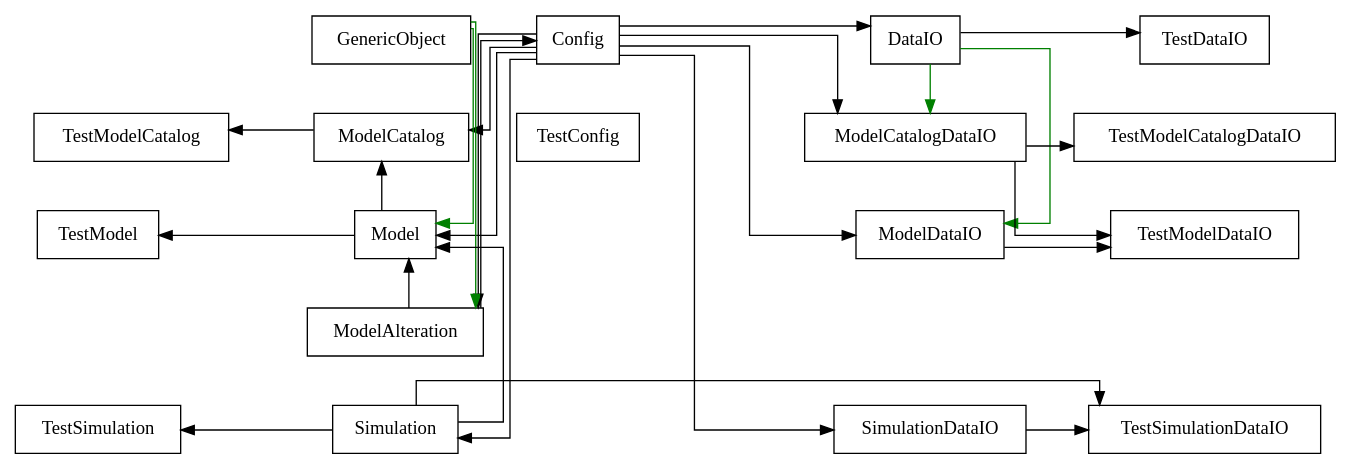
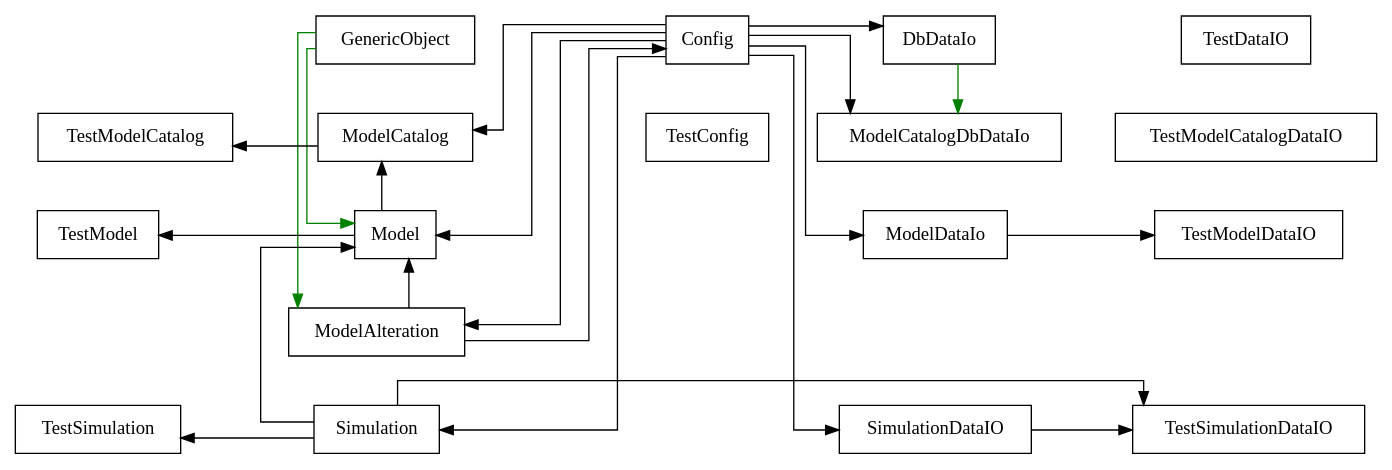
Before and after one commit to PDXBES/ModelCatalog: the diagram in docs/Class_Diagram_Tool/names_only_finalModel_Catalog.dot, drawn with Graphviz. The commit also changed 29 other files, not shown here.

Commit message:
Updates to class diagrams and control files

```diff
--- a/docs/Class_Diagram_Tool/names_only_finalModel_Catalog.dot
+++ b/docs/Class_Diagram_Tool/names_only_finalModel_Catalog.dot
@@ -1,65 +1,61 @@
 digraph "classes" {
 charset="utf-8"
 nodesep=0.5;
 rankdir="TB";
 edge [ constraint=False ];
 splines="ortho";
 "Config"[label= "Config" , shape="record"];
-"DataIO"[label= "DataIO" , shape="record"];
+"DbDataIo"[label= "DbDataIo" , shape="record"];
 "GenericObject"[label= "GenericObject" , shape="record"];
 "Model"[label= "Model" , shape="record"];
 "ModelAlteration"[label= "ModelAlteration" , shape="record"];
 "ModelCatalog"[label= "ModelCatalog" , shape="record"];
-"ModelCatalogDataIO"[label= "ModelCatalogDataIO" , shape="record"];
-"ModelDataIO"[label= "ModelDataIO" , shape="record"];
+"ModelCatalogDbDataIo"[label= "ModelCatalogDbDataIo" , shape="record"];
+"ModelDataIo"[label= "ModelDataIo" , shape="record"];
 "Simulation"[label= "Simulation" , shape="record"];
 "SimulationDataIO"[label= "SimulationDataIO" , shape="record"];
 "TestConfig"[label= "TestConfig" , shape="record"];
 "TestDataIO"[label= "TestDataIO" , shape="record"];
 "TestModel"[label= "TestModel" , shape="record"];
 "TestModelCatalog"[label= "TestModelCatalog" , shape="record"];
 "TestModelCatalogDataIO"[label= "TestModelCatalogDataIO" , shape="record"];
 "TestModelDataIO"[label= "TestModelDataIO" , shape="record"];
 "TestSimulation"[label= "TestSimulation" , shape="record"];
 "TestSimulationDataIO"[label= "TestSimulationDataIO" , shape="record"];
 
 "_d0" [label="_d0", shape="record" style=invis];
 "_d2" [label="_d2", shape="record" style=invis];
 "_d1" [label="_d1", shape="record" style=invis];
 "_d3" [label="_d3", shape="record" style=invis];
 "_d6" [label="_d6", shape="record" style=invis];
 "_d4" [label="_d4", shape="record" style=invis];
 "_d5" [label="_d5", shape="record" style=invis];
 
 {rank= tb "_d0"->"TestModelCatalog"->"TestModel"->"_d2"->"TestSimulation" [constraint=true style=invis]};
 {rank= tb "GenericObject"->"ModelCatalog"->"Model"->"ModelAlteration"->"Simulation" [constraint=true style=invis]};
 {rank= tb "Config"->"TestConfig"->"_d1"->"_d3"->"_d6" [constraint=true style=invis]};
-{rank= tb "DataIO"->"ModelCatalogDataIO"->"ModelDataIO"->"_d4"->"SimulationDataIO" [constraint=true style=invis]};
+{rank= tb "DbDataIo"->"ModelCatalogDbDataIo"->"ModelDataIo"->"_d4"->"SimulationDataIO" [constraint=true style=invis]};
 {rank= tb "TestDataIO"->"TestModelCatalogDataIO"->"TestModelDataIO"->"_d5"->"TestSimulationDataIO" [constraint=true style=invis]};
-{rank= same TestModelCatalog->ModelCatalog->TestConfig->ModelCatalogDataIO->TestModelCatalogDataIO [constraint=True style=invis]};
+{rank= same TestModelCatalog->ModelCatalog->TestConfig->ModelCatalogDbDataIo->TestModelCatalogDataIO [constraint=True style=invis]};
 "ModelAlteration"->"Config";
-"Config"->"DataIO";
-"DataIO"->"TestDataIO";
+"Config"->"DbDataIo";
 "ModelCatalog"->"TestModelCatalog";
 "Config"->"ModelCatalog";
 "Model"->"ModelCatalog";
-"Config"->"ModelCatalogDataIO";
-"ModelCatalogDataIO"->"TestModelCatalogDataIO";
+"Config"->"ModelCatalogDbDataIo";
 "Model"->"TestModel";
 "Config"->"Model";
 "ModelAlteration"->"Model";
 "Simulation"->"Model";
-"Config"->"ModelDataIO";
-"ModelCatalogDataIO"->"TestModelDataIO";
-"ModelDataIO"->"TestModelDataIO";
+"Config"->"ModelDataIo";
+"ModelDataIo"->"TestModelDataIO";
 "Config"->"ModelAlteration";
 "Simulation"->"TestSimulation";
 "Config"->"Simulation";
 "Config"->"SimulationDataIO";
 "Simulation"->"TestSimulationDataIO";
 "SimulationDataIO"->"TestSimulationDataIO";
-"DataIO"->"ModelCatalogDataIO" [color="green"];
+"DbDataIo"->"ModelCatalogDbDataIo" [color="green"];
 "GenericObject"->"Model" [color="green"];
-"DataIO"->"ModelDataIO" [color="green"];
 "GenericObject"->"ModelAlteration" [color="green"];
 }
```
